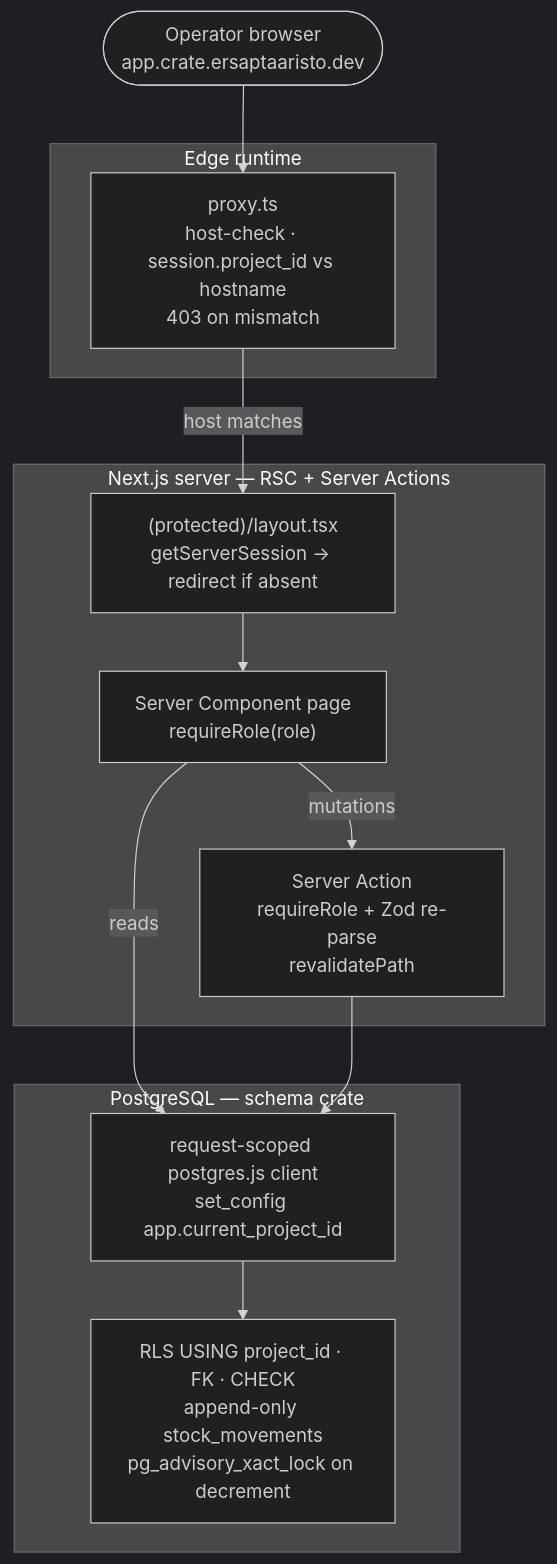
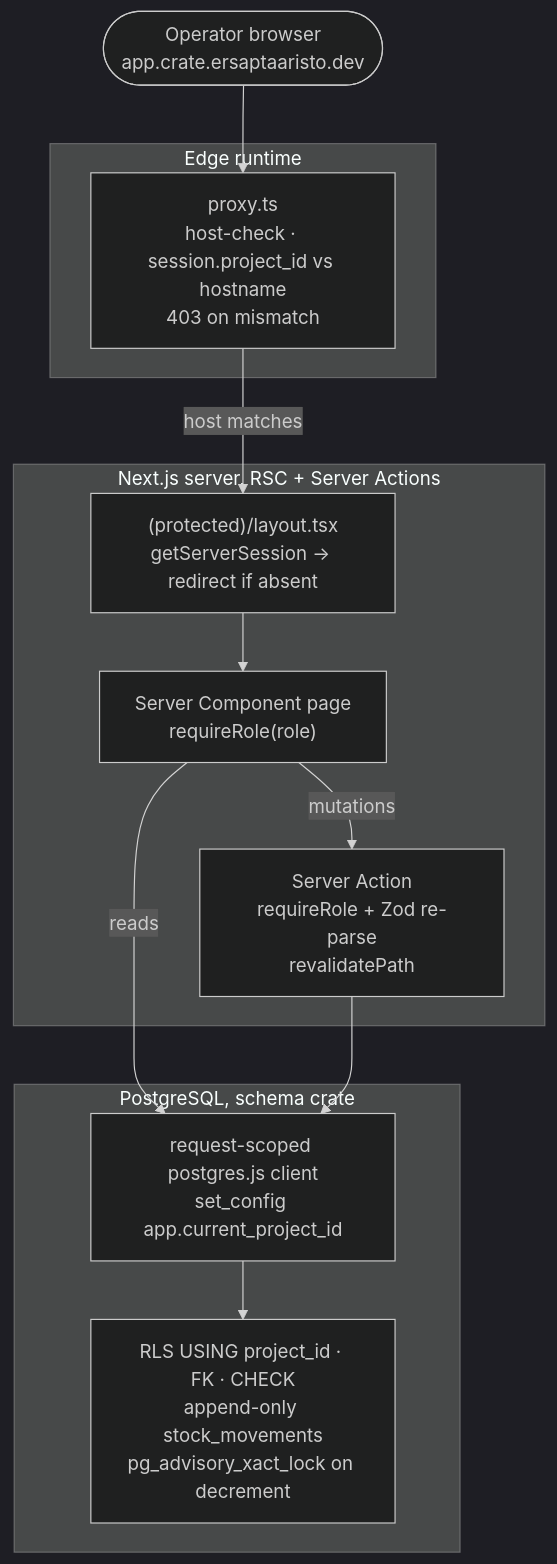
Before and after one commit to tryea/crate-webapp: the diagram in README.md, drawn with Mermaid (dark theme). The commit also changed other lines of this file and 120 other files, not shown here.

````diff
--- a/README.md
+++ b/README.md
@@ -60,26 +60,26 @@
 ```mermaid
 flowchart TD
     Browser(["Operator browser<br/>app.crate.ersaptaaristo.dev"]) --> Proxy
 
     subgraph Edge["Edge runtime"]
         Proxy["proxy.ts<br/>host-check · session.project_id vs hostname<br/>403 on mismatch"]
     end
 
-    subgraph RSC["Next.js server — RSC + Server Actions"]
+    subgraph RSC["Next.js server, RSC + Server Actions"]
         Layout["(protected)/layout.tsx<br/>getServerSession → redirect if absent"]
         Page["Server Component page<br/>requireRole(role)"]
         Action["Server Action<br/>requireRole + Zod re-parse<br/>revalidatePath"]
     end
 
-    subgraph DB["PostgreSQL — schema crate"]
+    subgraph DB["PostgreSQL, schema crate"]
         ClientDB["request-scoped postgres.js client<br/>set_config app.current_project_id"]
         Rules["RLS USING project_id · FK · CHECK<br/>append-only stock_movements<br/>pg_advisory_xact_lock on decrement"]
     end
 
     Proxy -->|host matches| Layout
     Layout --> Page
     Page -->|reads| ClientDB
     Page -->|mutations| Action
     Action --> ClientDB
     ClientDB --> Rules
 ```
````
